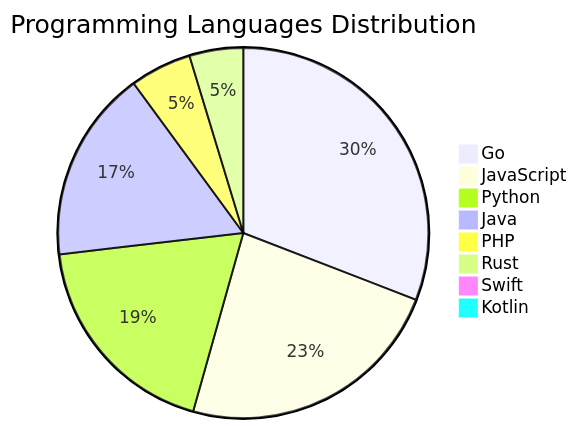
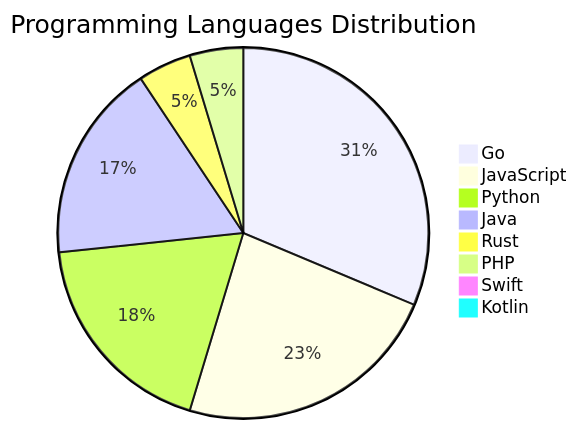
The diagram in README.md (Derrick-MUGISHA/github-activity-bot), drawn with Mermaid before and after one commit. The commit also changed other lines of this file and 4 other files, not shown here.

````diff
--- a/README.md
+++ b/README.md
@@ -208,11 +208,11 @@
 ```mermaid
 pie title Programming Languages Distribution
-    "Go" : 46
+    "Go" : 47
     "JavaScript" : 35
     "Python" : 28
-    "Java" : 25
-    "PHP" : 8
+    "Java" : 26
     "Rust" : 7
+    "PHP" : 7
     "Swift" : 1
     "Kotlin" : 1
 ```
````
